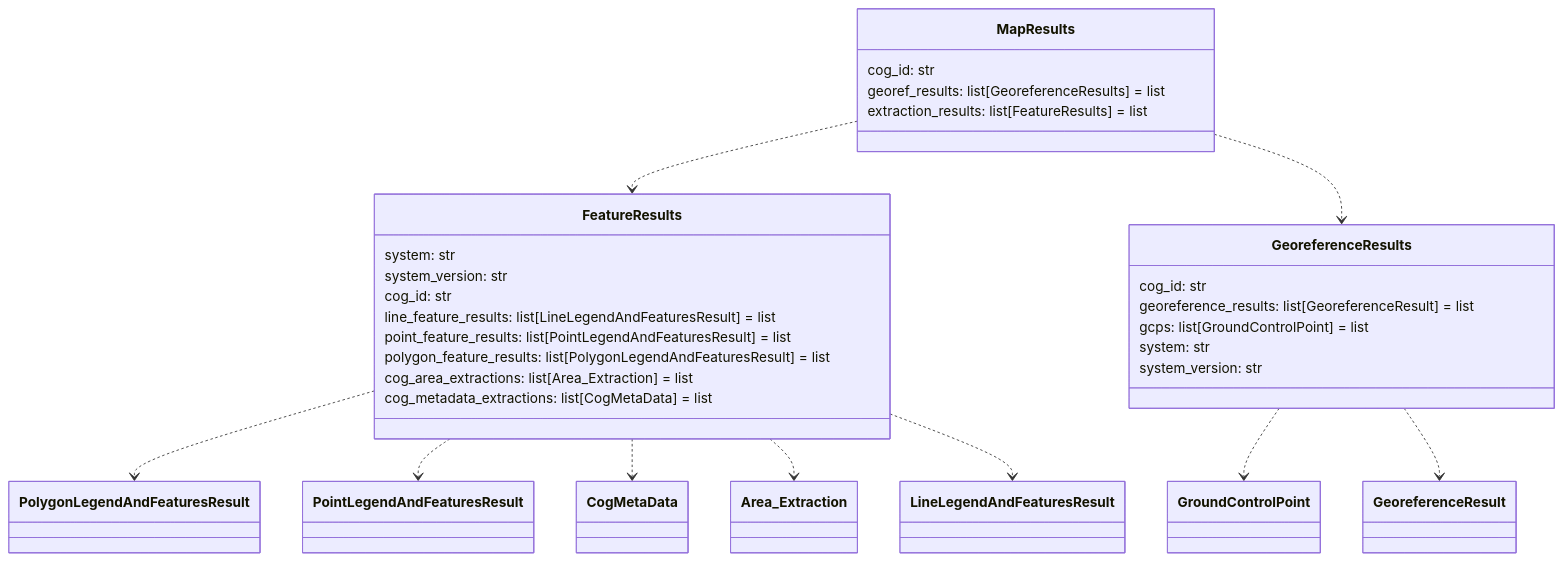
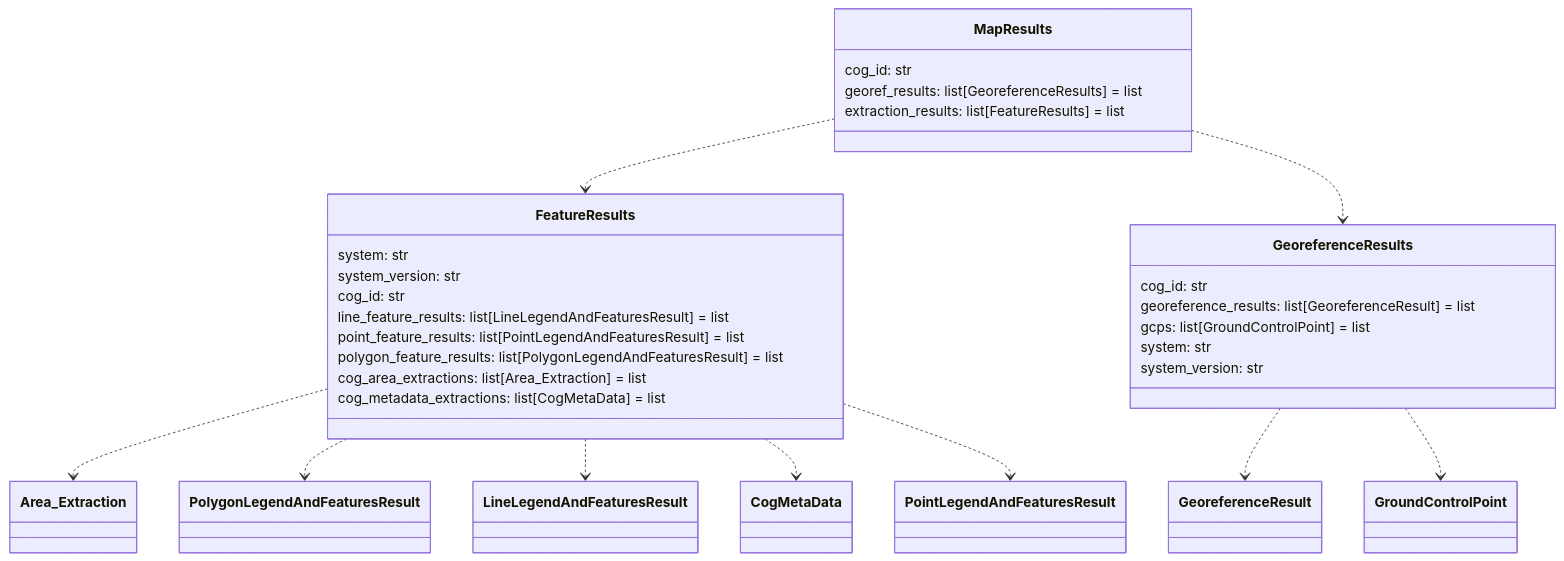
Diagram 11 of 14 in README.md (DARPA-CRITICALMAAS/cdr_schemas), drawn with Mermaid before and after one commit. The commit also changed other lines of this file and 1 other file, not shown here.

````diff
--- a/README.md
+++ b/README.md
@@ -895,40 +901,40 @@
 ```mermaid
 classDiagram
 
     class FeatureResults {
         system: str
         system_version: str
         cog_id: str
         line_feature_results: list[LineLegendAndFeaturesResult] = list
         point_feature_results: list[PointLegendAndFeaturesResult] = list
         polygon_feature_results: list[PolygonLegendAndFeaturesResult] = list
         cog_area_extractions: list[Area_Extraction] = list
         cog_metadata_extractions: list[CogMetaData] = list
     }
 
     class MapResults {
         cog_id: str
         georef_results: list[GeoreferenceResults] = list
         extraction_results: list[FeatureResults] = list
     }
 
     class GeoreferenceResults {
         cog_id: str
         georeference_results: list[GeoreferenceResult] = list
         gcps: list[GroundControlPoint] = list
         system: str
         system_version: str
     }
 
+    FeatureResults ..> Area_Extraction
     FeatureResults ..> PolygonLegendAndFeaturesResult
+    FeatureResults ..> LineLegendAndFeaturesResult
+    FeatureResults ..> CogMetaData
     FeatureResults ..> PointLegendAndFeaturesResult
-    FeatureResults ..> CogMetaData
-    FeatureResults ..> Area_Extraction
-    FeatureResults ..> LineLegendAndFeaturesResult
+    GeoreferenceResults ..> GeoreferenceResult
     GeoreferenceResults ..> GroundControlPoint
-    GeoreferenceResults ..> GeoreferenceResult
     MapResults ..> FeatureResults
     MapResults ..> GeoreferenceResults
 
 
 ```
````
